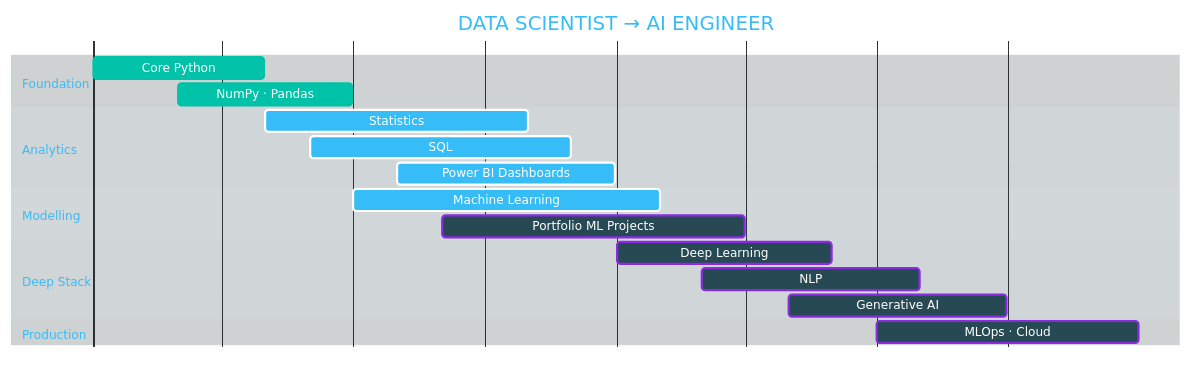
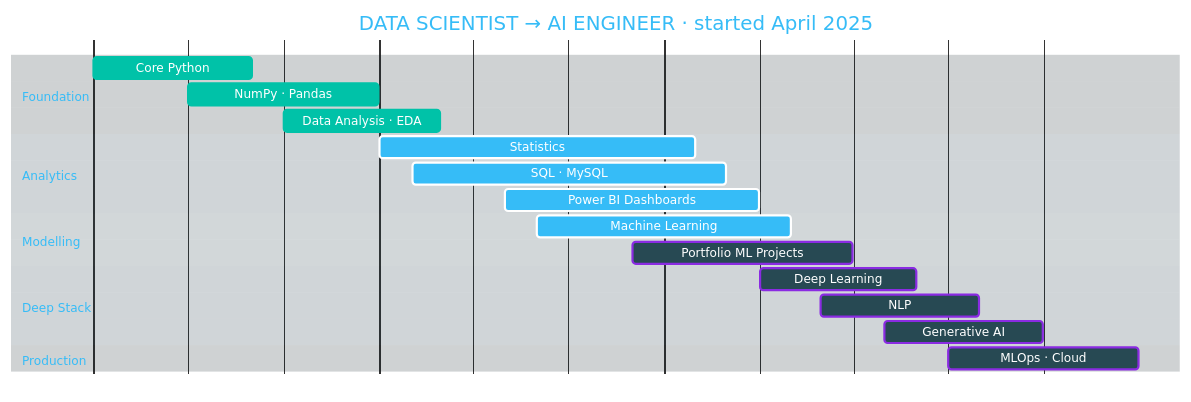
The eighth of 8 diagrams in README.md (NEERAJSINGHDANU07/NEERAJSINGHDANU07), drawn with Mermaid before and after one commit. The commit also changed other lines of this file, not shown here.

````diff
--- a/README.md
+++ b/README.md
@@ -710,29 +829,30 @@
 ```mermaid
 %%{init: {'theme':'base','themeVariables':{'fontFamily':'Fira Code, monospace','fontSize':'13px','primaryColor':'#203A43','primaryTextColor':'#FFFFFF','primaryBorderColor':'#36BCF7','lineColor':'#36BCF7','sectionBkgColor':'#0F2027','altSectionBkgColor':'#14313D','gridColor':'#2C5364','doneTaskBkgColor':'#00C2A8','doneTaskBorderColor':'#00C2A8','activeTaskBkgColor':'#36BCF7','activeTaskBorderColor':'#FFFFFF','taskBkgColor':'#274953','taskBorderColor':'#8A2BE2','taskTextColor':'#FFFFFF','taskTextOutsideColor':'#C9D1D9','titleColor':'#36BCF7'}}}%%
 gantt
-    title DATA SCIENTIST → AI ENGINEER
+    title DATA SCIENTIST → AI ENGINEER  ·  started April 2025
     dateFormat YYYY-MM-DD
     axisFormat %b %Y
-    todayMarker stroke-width:3px,stroke:#F2C811,opacity:0.8
+    todayMarker stroke-width:3px,stroke:#F2C811,opacity:0.9
 
     section Foundation
-    Core Python              :done,    f1, 2026-01-01, 2026-04-30
-    NumPy · Pandas           :done,    f2, 2026-03-01, 2026-06-30
+    Core Python              :done,    f1, 2025-04-01, 2025-08-31
+    NumPy · Pandas           :done,    f2, 2025-07-01, 2025-12-31
+    Data Analysis · EDA      :done,    f3, 2025-10-01, 2026-02-28
 
     section Analytics
-    Statistics               :active,  a1, 2026-05-01, 2026-10-31
-    SQL                      :active,  a2, 2026-06-01, 2026-11-30
-    Power BI Dashboards      :active,  a3, 2026-08-01, 2026-12-31
+    Statistics               :active,  a1, 2026-01-01, 2026-10-31
+    SQL · MySQL              :active,  a2, 2026-02-01, 2026-11-30
+    Power BI Dashboards      :active,  a3, 2026-05-01, 2026-12-31
 
     section Modelling
-    Machine Learning         :active,  m1, 2026-07-01, 2027-01-31
+    Machine Learning         :active,  m1, 2026-06-01, 2027-01-31
     Portfolio ML Projects    :         m2, 2026-09-01, 2027-03-31
 
     section Deep Stack
     Deep Learning            :         d1, 2027-01-01, 2027-05-31
     NLP                      :         d2, 2027-03-01, 2027-07-31
     Generative AI            :         d3, 2027-05-01, 2027-09-30
 
     section Production
     MLOps · Cloud            :         p1, 2027-07-01, 2027-12-31
 ```
````
